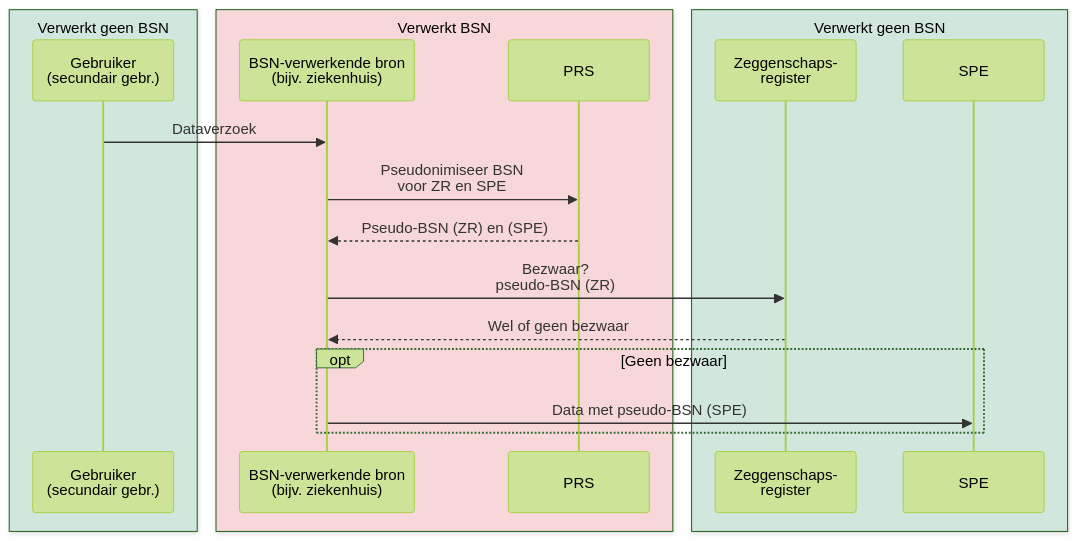
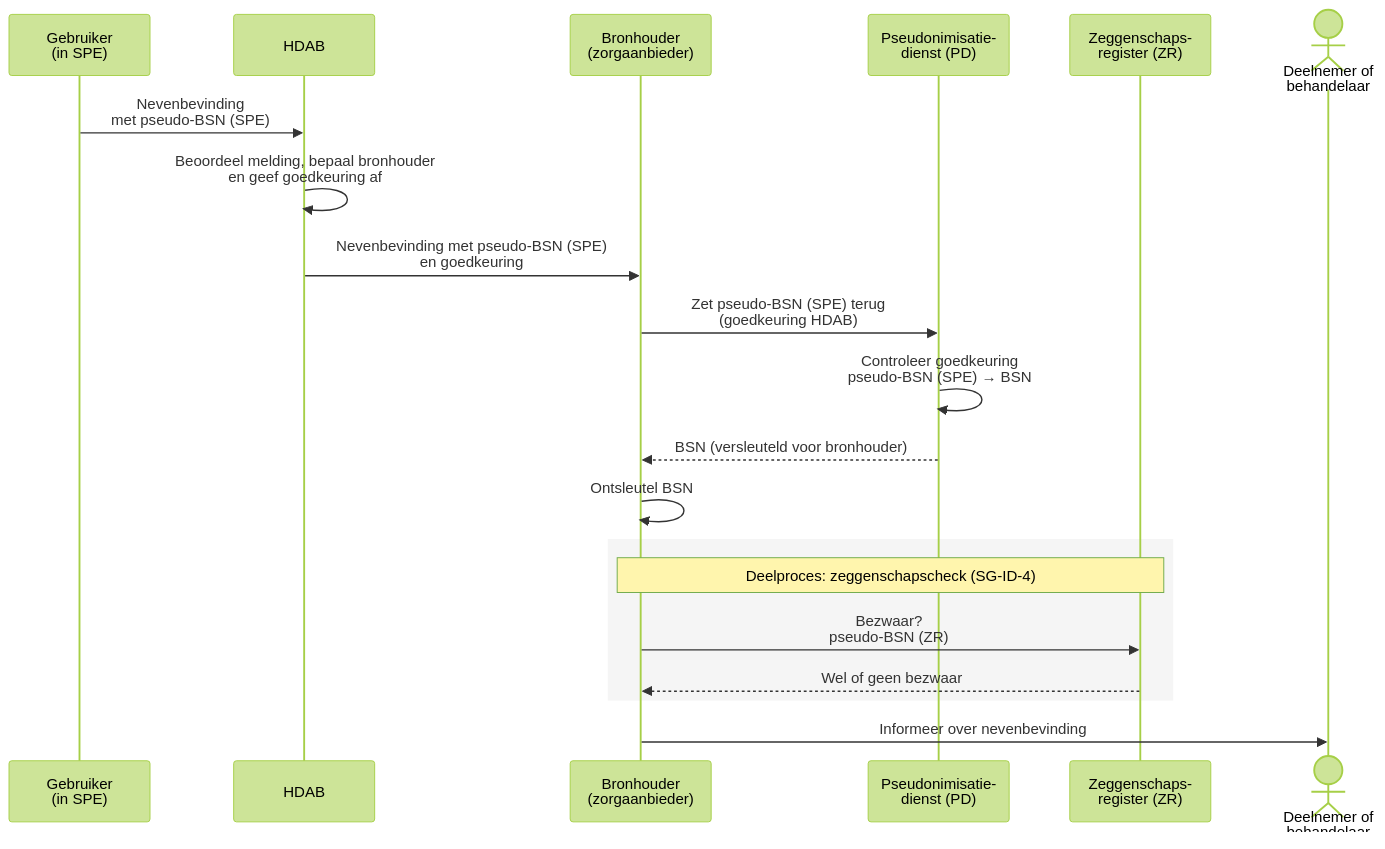
One commit to minvws/generiekefuncties-docs changed the eighth of 9 diagrams in input/pagecontent/identification-sg.md. Above: the diagram before and after it, drawn with Mermaid (forest theme). The commit also changed other lines of this file and 1 other file, not shown here.

````diff
--- a/input/pagecontent/identification-sg.md
+++ b/input/pagecontent/identification-sg.md
@@ -386,23 +352,23 @@
 ```mermaid
 sequenceDiagram
-    box rgb(209,231,221) Verwerkt geen BSN
-        participant gebruiker as Gebruiker<br/>(secundair gebr.)
+    participant spe as Gebruiker<br/>(in SPE)
+    participant hdab as HDAB
+    participant bron as Bronhouder<br/>(zorgaanbieder)
+    participant pd as Pseudonimisatie-<br/>dienst (PD)
+    participant zr as Zeggenschaps-<br/>register (ZR)
+    actor deelnemer as Deelnemer of<br/>behandelaar
+
+    spe->>hdab: Nevenbevinding<br/>met pseudo-BSN (SPE)
+    hdab->>hdab: Beoordeel melding, bepaal bronhouder<br/>en geef goedkeuring af
+    hdab->>bron: Nevenbevinding met pseudo-BSN (SPE)<br/>en goedkeuring
+    bron->>pd: Zet pseudo-BSN (SPE) terug<br/>(goedkeuring HDAB)
+    pd->>pd: Controleer goedkeuring<br/>pseudo-BSN (SPE) → BSN
+    pd-->>bron: BSN (versleuteld voor bronhouder)
+    bron->>bron: Ontsleutel BSN
+    rect rgb(245,245,245)
+        note over bron,zr: Deelproces: zeggenschapscheck (SG-ID-4)
+        bron->>zr: Bezwaar?<br/>pseudo-BSN (ZR)
+        zr-->>bron: Wel of geen bezwaar
     end
-    box rgb(248,215,218) Verwerkt BSN
-        participant bron as BSN-verwerkende bron<br/>(bijv. ziekenhuis)
-        participant prs as PRS
-    end
-    box rgb(209,231,221) Verwerkt geen BSN
-        participant zr as Zeggenschaps-<br/>register
-        participant spe as SPE
-    end
-
-    gebruiker->>bron: Dataverzoek
-    bron->>prs: Pseudonimiseer BSN<br/>voor ZR en SPE
-    prs-->>bron: Pseudo-BSN (ZR) en (SPE)
-    bron->>zr: Bezwaar?<br/>pseudo-BSN (ZR)
-    zr-->>bron: Wel of geen bezwaar
-    opt Geen bezwaar
-        bron->>spe: Data met pseudo-BSN (SPE)
-    end
+    bron->>deelnemer: Informeer over nevenbevinding
 ```
````
